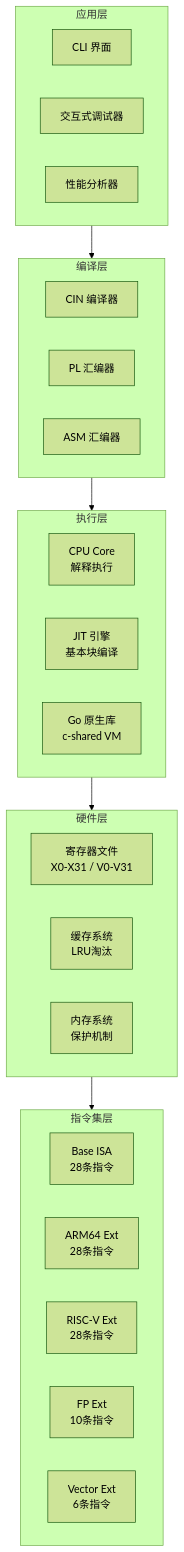
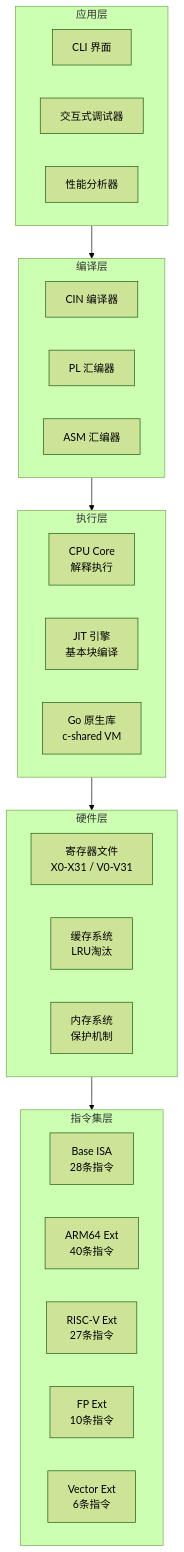
One commit to ByUsiStudio/UCPU changed the third of 19 diagrams in README.md. Above: the diagram before and after it, drawn with Mermaid (forest theme). The commit also changed other lines of this file and 4 other files, not shown here.

````diff
--- a/README.md
+++ b/README.md
@@ -107,36 +107,36 @@
 ```mermaid
 flowchart TB
     subgraph APP[应用层]
         CLI[CLI 界面]
         DBG[交互式调试器]
         PRF[性能分析器]
     end
     
     subgraph COMP[编译层]
         CIN[CIN 编译器]
         PL[PL 汇编器]
         ASM[ASM 汇编器]
     end
     
     subgraph EXEC[执行层]
         CORE[CPU Core<br/>解释执行]
         JIT[JIT 引擎<br/>基本块编译]
         NATIVE[Go 原生库<br/>c-shared VM]
     end
 
     subgraph HW[硬件层]
         REG[寄存器文件<br/>X0-X31 / V0-V31]
         CACHE[缓存系统<br/>LRU淘汰]
         MEM[内存系统<br/>保护机制]
     end
     
     subgraph ISA[指令集层]
         BASE[Base ISA<br/>28条指令]
-        ARM64[ARM64 Ext<br/>28条指令]
-        RISCV[RISC-V Ext<br/>28条指令]
+        ARM64[ARM64 Ext<br/>40条指令]
+        RISCV[RISC-V Ext<br/>27条指令]
         FP[FP Ext<br/>10条指令]
         VEC[Vector Ext<br/>6条指令]
     end
     
     APP --> COMP --> EXEC --> HW --> ISA
 ```
````
